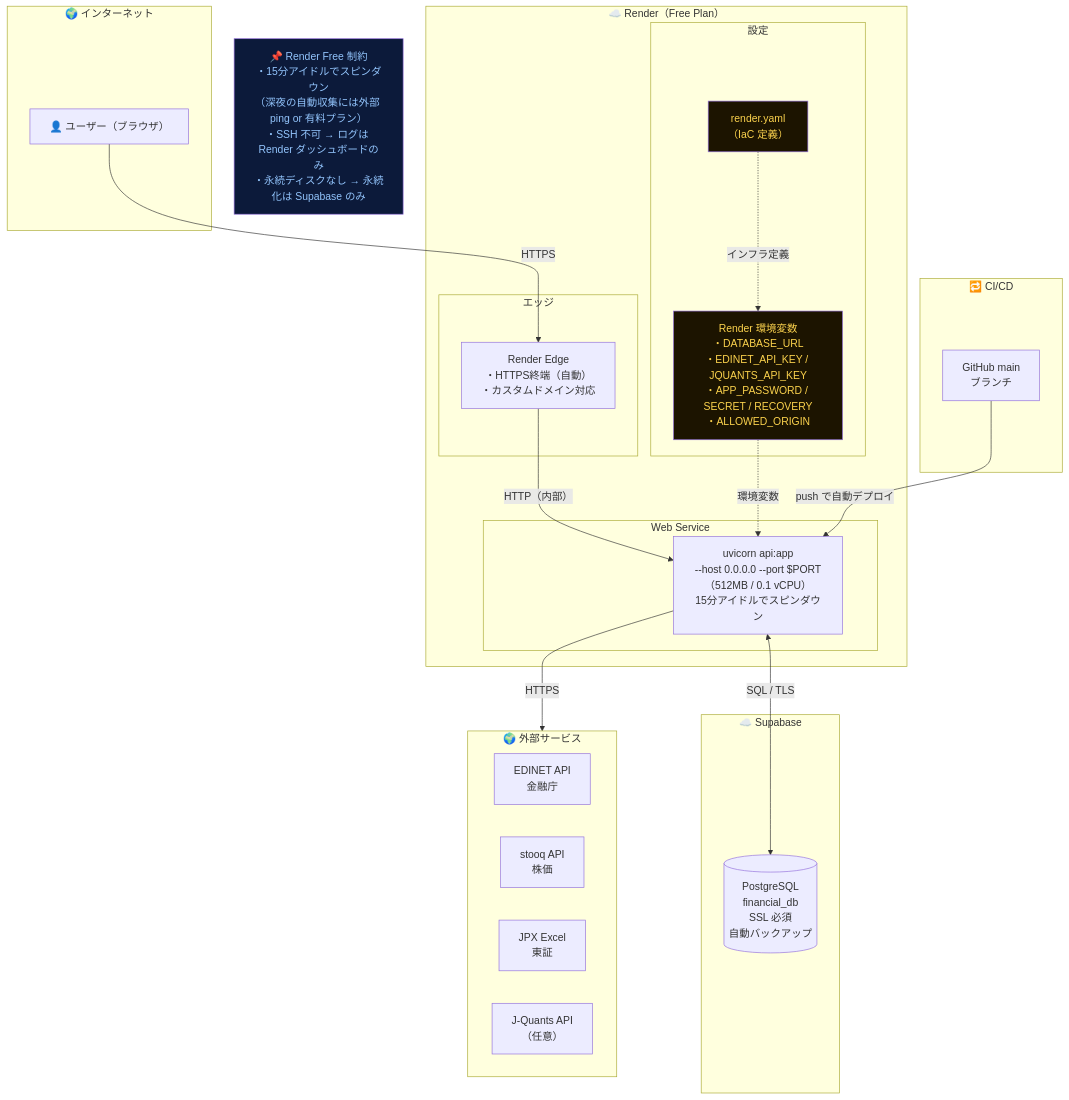
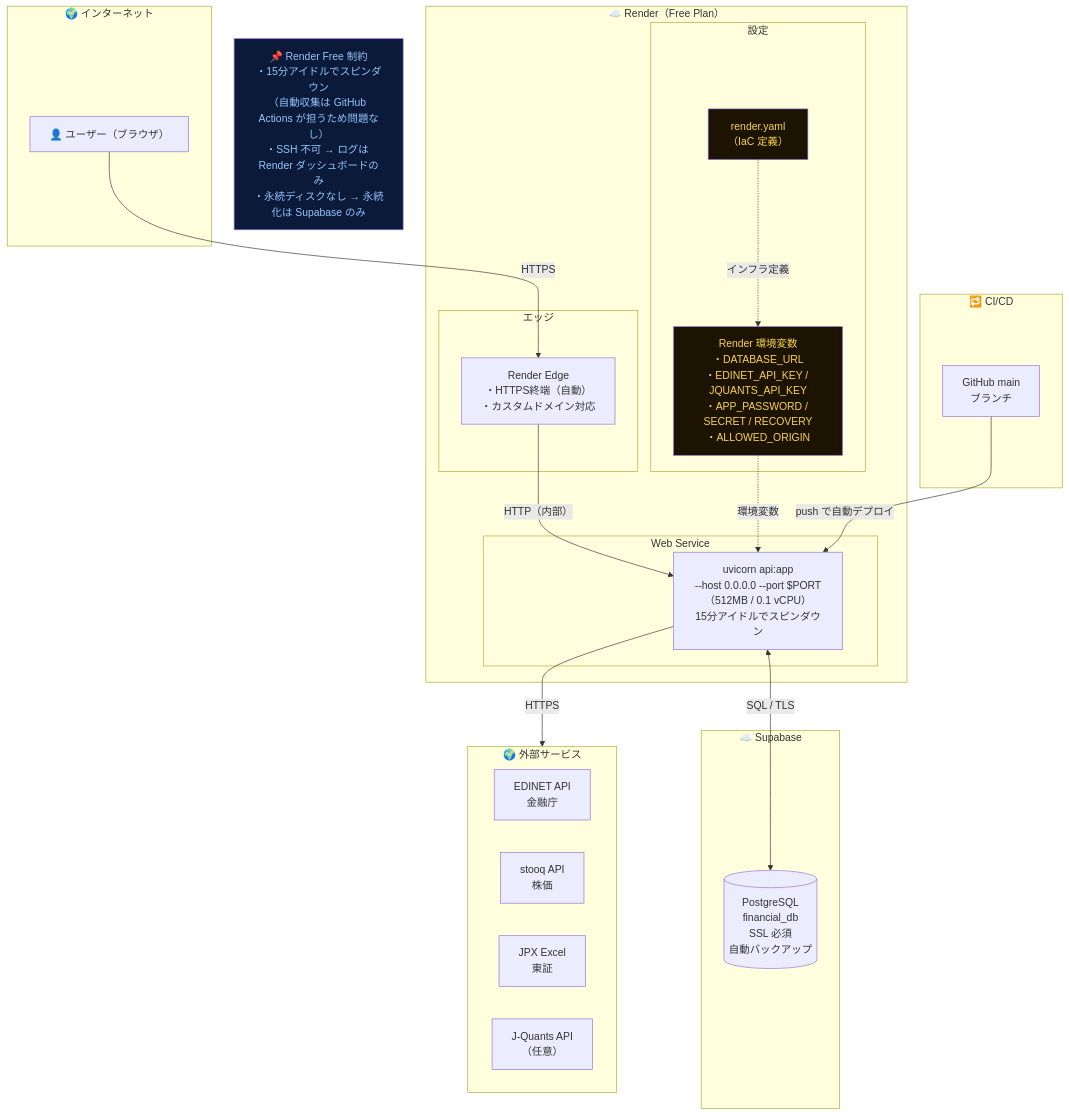
Before and after one commit to kome-kome/financial_app: diagram 15 of 15 in docs/ARCHITECTURE.md, drawn with Mermaid. The commit also changed other lines of this file and 6 other files, not shown here.

````diff
--- a/docs/ARCHITECTURE.md
+++ b/docs/ARCHITECTURE.md
@@ -890,48 +888,48 @@
 ```mermaid
 graph TB
     subgraph INTERNET["🌍 インターネット"]
         USER["👤 ユーザー（ブラウザ）"]
     end
 
     subgraph RENDER["☁️ Render（Free Plan）"]
         subgraph EDGE["エッジ"]
             EDGE_NODE["Render Edge\n・HTTPS終端（自動）\n・カスタムドメイン対応"]
         end
         subgraph APP["Web Service"]
             UV["uvicorn api:app\n--host 0.0.0.0 --port $PORT\n（512MB / 0.1 vCPU）\n15分アイドルでスピンダウン"]
         end
         subgraph CONFIG["設定"]
             ENV["Render 環境変数\n・DATABASE_URL\n・EDINET_API_KEY / JQUANTS_API_KEY\n・APP_PASSWORD / SECRET / RECOVERY\n・ALLOWED_ORIGIN"]
             YAML["render.yaml\n（IaC 定義）"]
         end
     end
 
     subgraph SUPABASE["☁️ Supabase"]
         PG[("PostgreSQL\nfinancial_db\nSSL 必須\n自動バックアップ")]
     end
 
     subgraph EXT["🌍 外部サービス"]
         EDINET["EDINET API\n金融庁"]
         STOOQ["stooq API\n株価"]
         JPX["JPX Excel\n東証"]
         JQUANTS["J-Quants API\n（任意）"]
     end
 
     subgraph CICD["🔁 CI/CD"]
         GH["GitHub main\nブランチ"]
     end
 
     USER   -->|"HTTPS"| EDGE_NODE
     EDGE_NODE -->|"HTTP（内部）"| UV
     UV     <-->|"SQL / TLS"| PG
     UV     -->|"HTTPS"| EXT
     ENV    -.->|"環境変数"| UV
     YAML   -.->|"インフラ定義"| ENV
     GH     -->|"push で自動デプロイ"| UV
 
     style ENV fill:#1c1400,color:#fcd34d
     style YAML fill:#1c1400,color:#fcd34d
 
-    note1["📌 Render Free 制約\n・15分アイドルでスピンダウン\n（深夜の自動収集には外部 ping or 有料プラン）\n・SSH 不可 → ログは Render ダッシュボードのみ\n・永続ディスクなし → 永続化は Supabase のみ"]
+    note1["📌 Render Free 制約\n・15分アイドルでスピンダウン\n（自動収集は GitHub Actions が担うため問題なし）\n・SSH 不可 → ログは Render ダッシュボードのみ\n・永続ディスクなし → 永続化は Supabase のみ"]
     style note1 fill:#0c1a3a,color:#93c5fd
 ```
````
